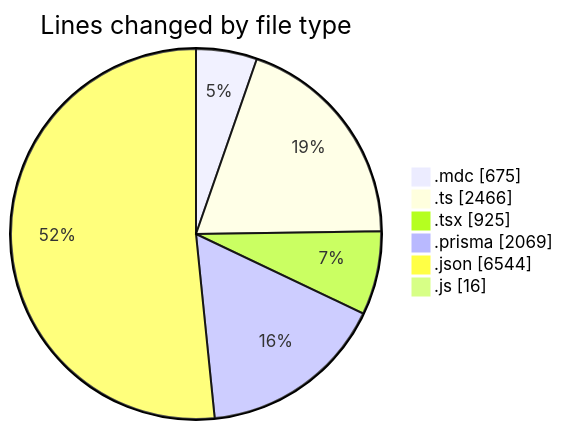
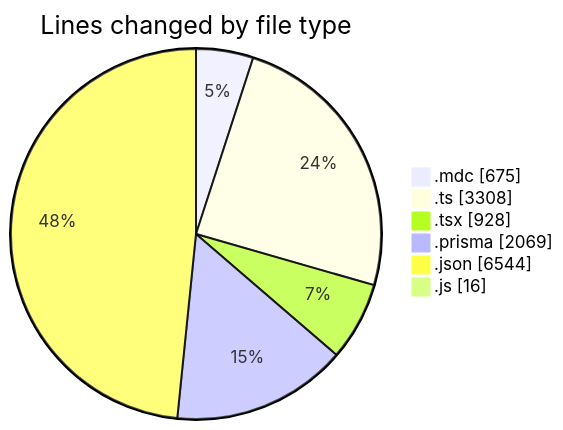
One commit to CELIANVF/code-tracking changed the first of 2 diagrams in 2025-06-05/ecodeli-1/README.md. Above: the diagram before and after it, drawn with Mermaid. The commit also changed other lines of this file and 1 other file, not shown here.

````diff
--- a/2025-06-05/ecodeli-1/README.md
+++ b/2025-06-05/ecodeli-1/README.md
@@ -36,10 +37,10 @@
 ```mermaid
 pie showData
 title Lines changed by file type
 ".mdc" : 675
-".ts" : 2466
-".tsx" : 925
+".ts" : 3308
+".tsx" : 928
 ".prisma" : 2069
 ".json" : 6544
 ".js" : 16
 ```
````
